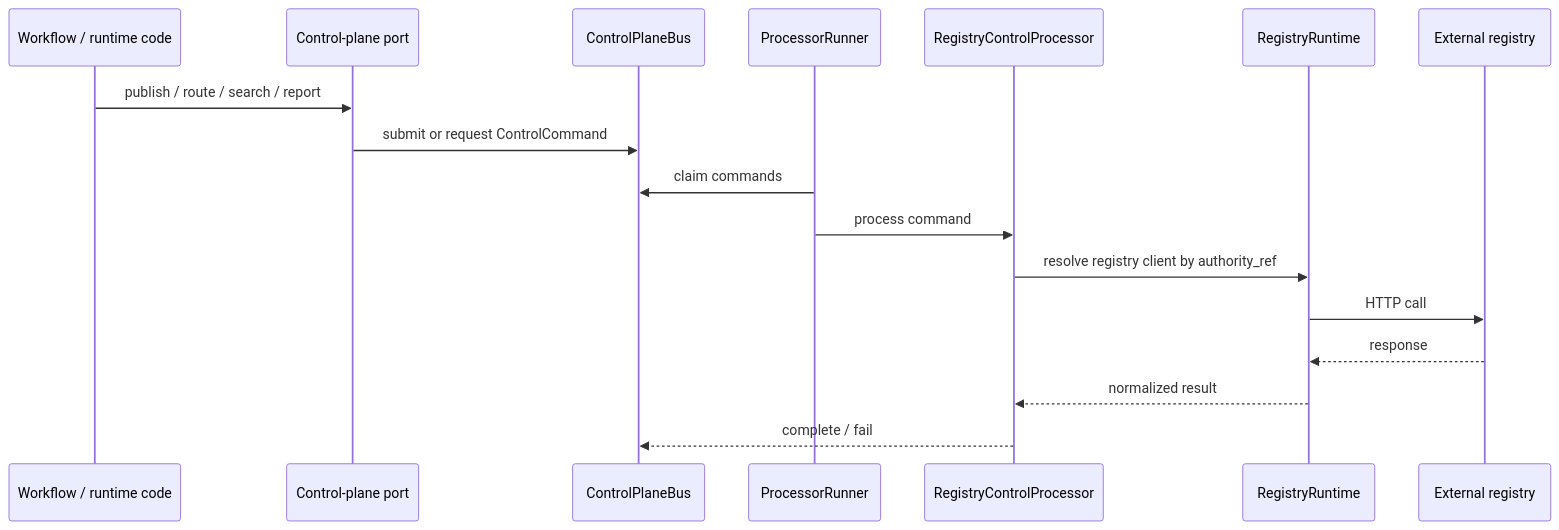
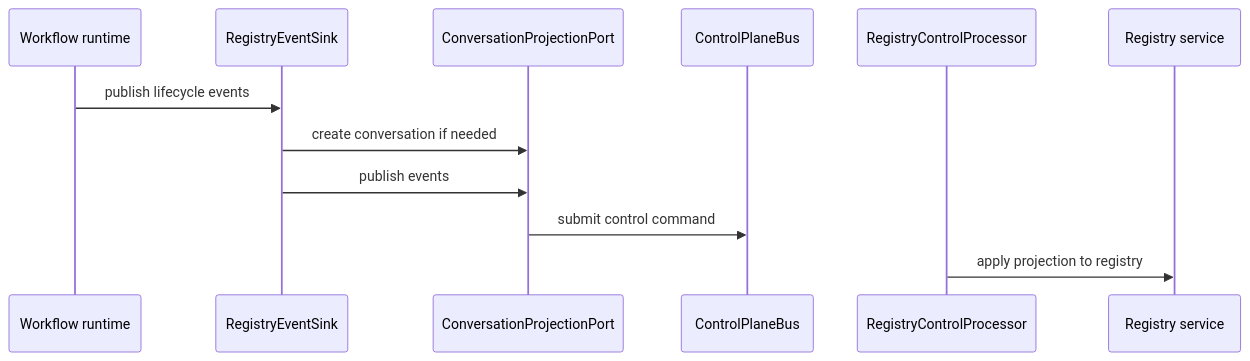
The third of 4 diagrams in ARCHITECTURE.md (privacynow/octopus), drawn with Mermaid before and after one commit. The commit also changed other lines of this file and 1 other file, not shown here.

````diff
--- a/ARCHITECTURE.md
+++ b/ARCHITECTURE.md
@@ -456,20 +347,15 @@
 ```mermaid
 sequenceDiagram
-    participant WF as Workflow / runtime code
-    participant Port as Control-plane port
+    participant WF as Workflow runtime
+    participant Sink as RegistryEventSink
+    participant CP as ConversationProjectionPort
     participant Bus as ControlPlaneBus
-    participant Runner as ProcessorRunner
     participant Proc as RegistryControlProcessor
-    participant RR as RegistryRuntime
-    participant Reg as External registry
+    participant Reg as Registry service
 
-    WF->>Port: publish / route / search / report
-    Port->>Bus: submit or request ControlCommand
-    Runner->>Bus: claim commands
-    Runner->>Proc: process command
-    Proc->>RR: resolve registry client by authority_ref
-    RR->>Reg: HTTP call
-    Reg-->>RR: response
-    RR-->>Proc: normalized result
-    Proc-->>Bus: complete / fail
+    WF->>Sink: publish lifecycle events
+    Sink->>CP: create conversation if needed
+    Sink->>CP: publish events
+    CP->>Bus: submit control command
+    Proc->>Reg: apply projection to registry
 ```
````
